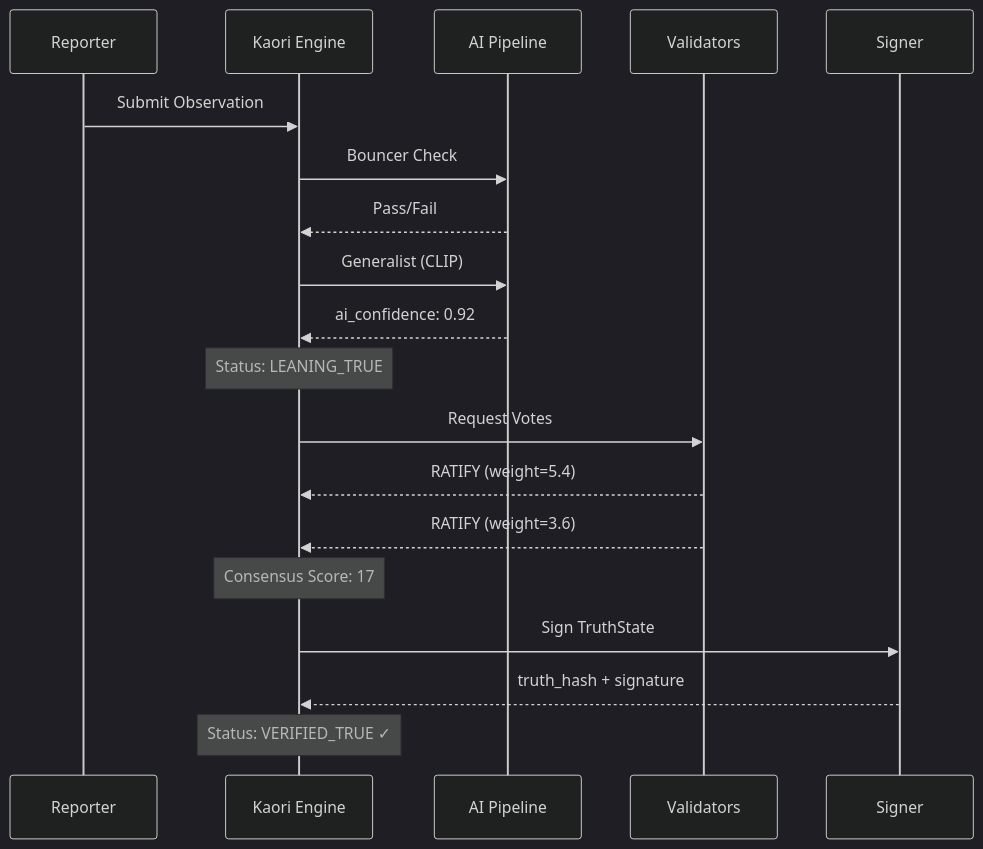
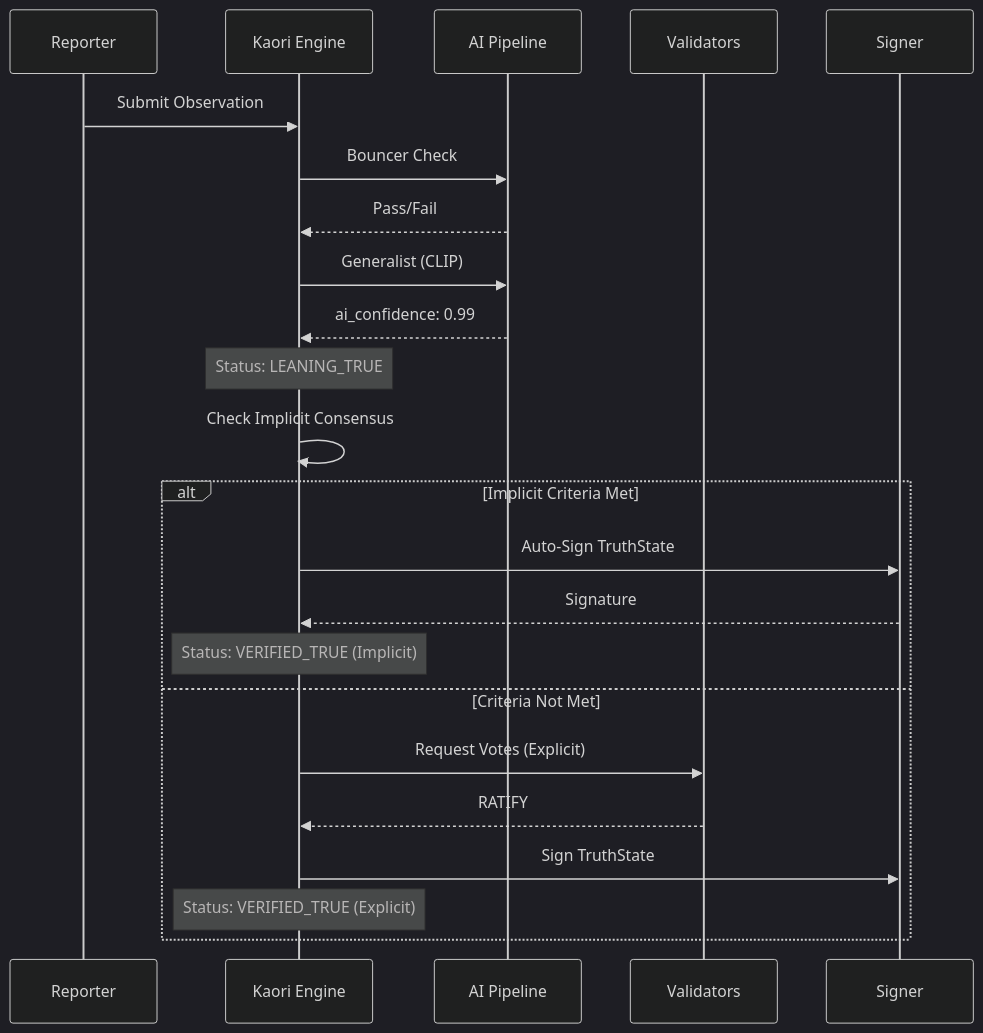
One commit to MadinMSRO/kaori-protocol changed the third of 5 diagrams in README.md. Above: the diagram before and after it, drawn with Mermaid (dark theme). The commit also changed other lines of this file, not shown here.

Commit message:
Docs: Update verification diagrams to include Implicit Consensus path

````diff
--- a/README.md
+++ b/README.md
@@ -87,27 +90,29 @@
 ```mermaid
 sequenceDiagram
     participant R as Reporter
     participant K as Kaori Engine
     participant AI as AI Pipeline
     participant V as Validators
     participant S as Signer
 
     R->>K: Submit Observation
     K->>AI: Bouncer Check
     AI-->>K: Pass/Fail
     K->>AI: Generalist (CLIP)
-    AI-->>K: ai_confidence: 0.92
+    AI-->>K: ai_confidence: 0.99
     
     Note over K: Status: LEANING_TRUE
     
-    K->>V: Request Votes
-    V-->>K: RATIFY (weight=5.4)
-    V-->>K: RATIFY (weight=3.6)
+    K->>K: Check Implicit Consensus
     
-    Note over K: Consensus Score: 17
-    
-    K->>S: Sign TruthState
-    S-->>K: truth_hash + signature
-    
-    Note over K: Status: VERIFIED_TRUE ✓
+    alt Implicit Criteria Met
+        K->>S: Auto-Sign TruthState
+        S-->>K: Signature
+        Note over K: Status: VERIFIED_TRUE (Implicit)
+    else Criteria Not Met
+        K->>V: Request Votes (Explicit)
+        V-->>K: RATIFY
+        K->>S: Sign TruthState
+        Note over K: Status: VERIFIED_TRUE (Explicit)
+    end
 ```
````
